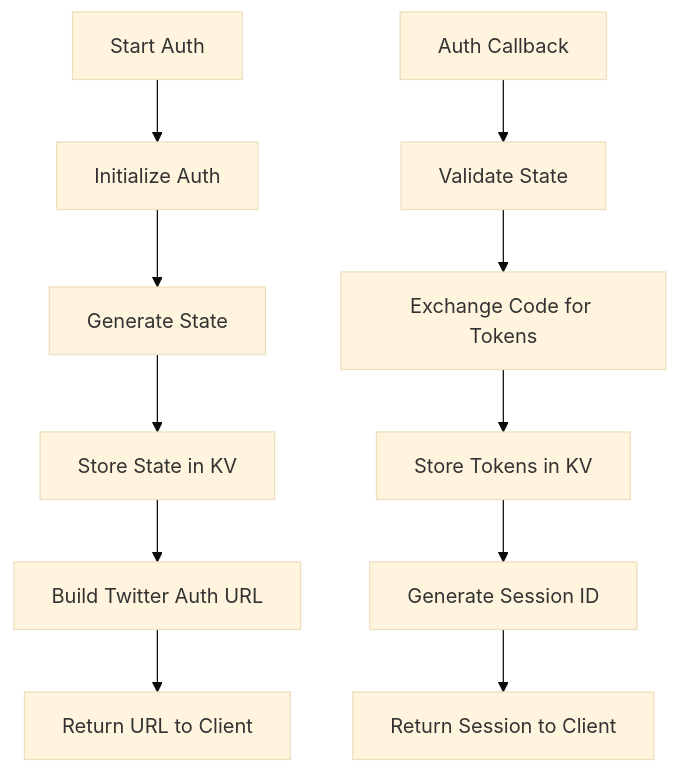
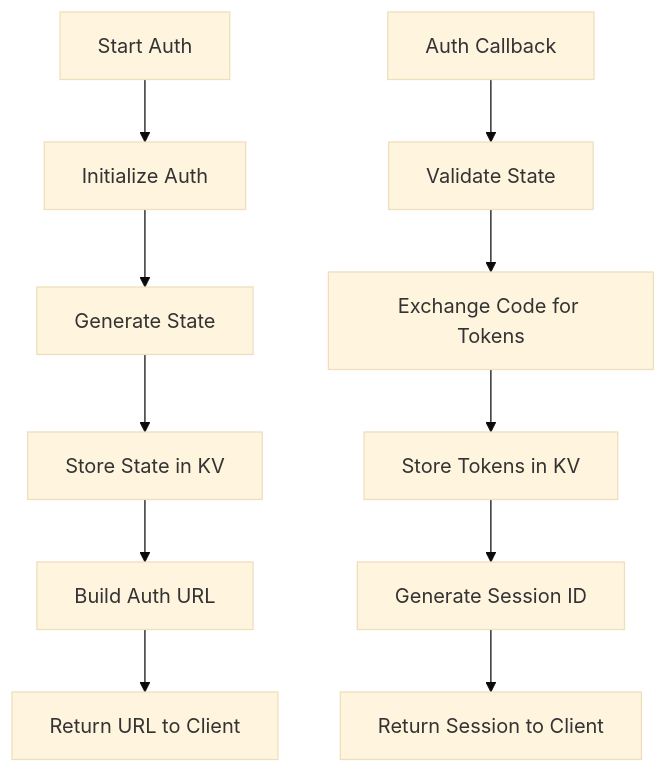
One commit to open-crosspost/open-crosspost-proxy-service changed diagram 12 of 17 in memory-bank/systemPatterns.md. Above: the diagram before and after it, drawn with Mermaid (base theme). The commit also changed other lines of this file and 87 other files, not shown here.

````diff
--- a/memory-bank/systemPatterns.md
+++ b/memory-bank/systemPatterns.md
@@ -254,14 +412,14 @@
 ```mermaid
 flowchart TD
     Start[Start Auth] --> InitAuth[Initialize Auth]
     InitAuth --> GenerateState[Generate State]
     GenerateState --> StoreState[Store State in KV]
-    StoreState --> BuildURL[Build Twitter Auth URL]
+    StoreState --> BuildURL[Build Auth URL]
     BuildURL --> ReturnURL[Return URL to Client]
     
     Callback[Auth Callback] --> ValidateState[Validate State]
     ValidateState --> ExchangeCode[Exchange Code for Tokens]
     ExchangeCode --> StoreTokens[Store Tokens in KV]
     StoreTokens --> GenerateSession[Generate Session ID]
     GenerateSession --> ReturnSession[Return Session to Client]
 ```
````
